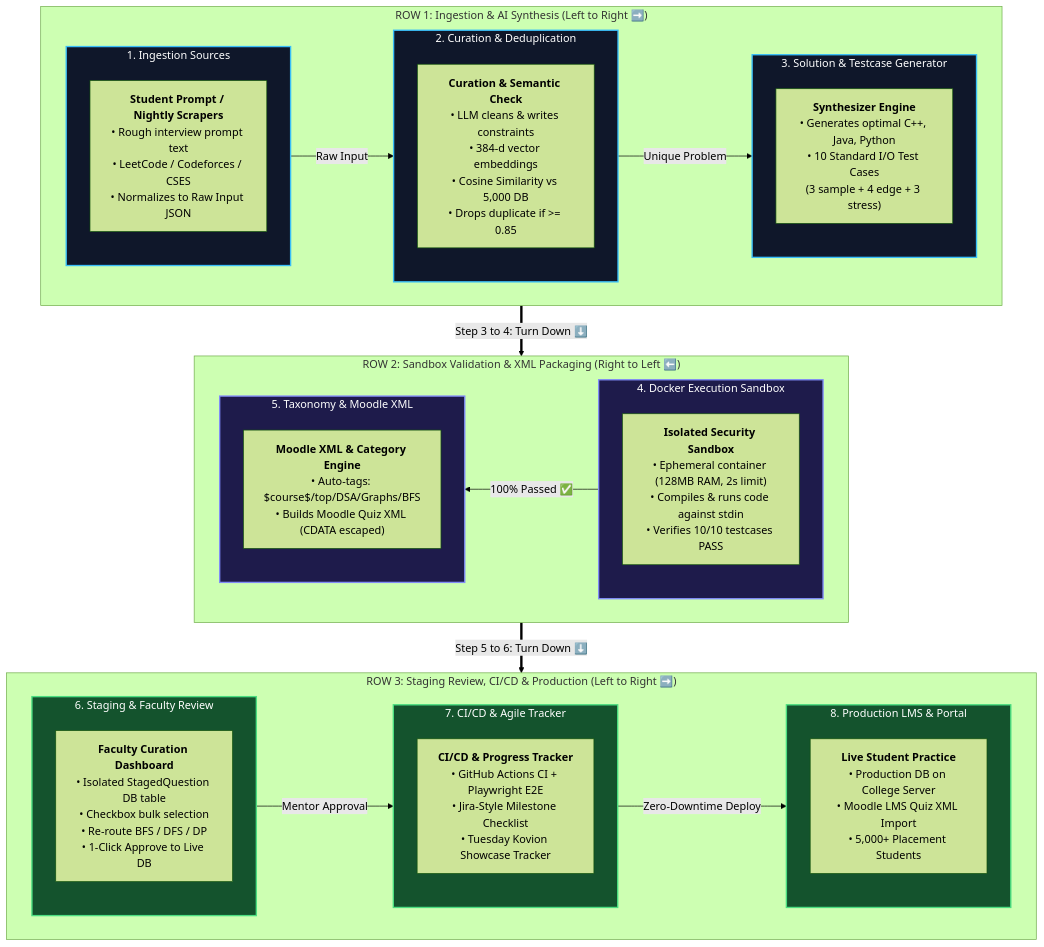
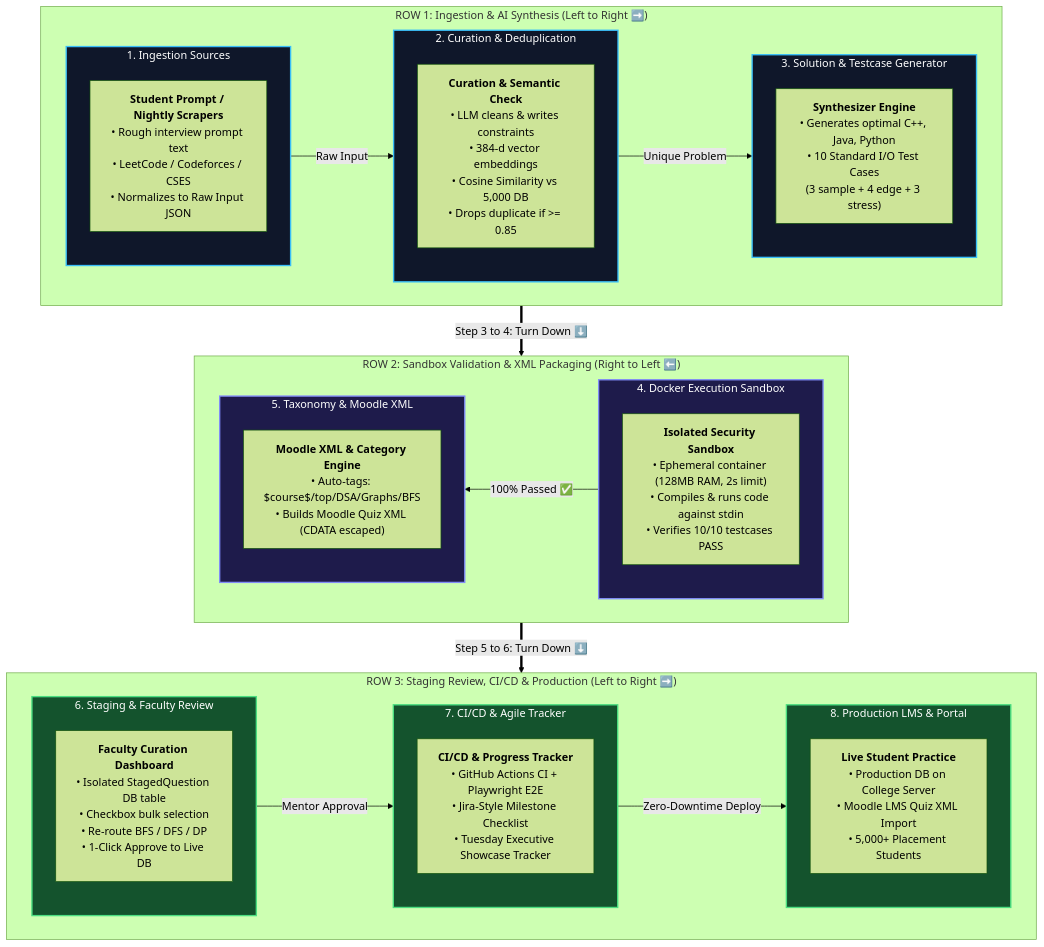
The diagram in ARCHITECTURE.md (BibinSanju/Agile-Tracker), drawn with Mermaid (forest theme) before and after one commit. The commit also changed other lines of this file and 9 other files, not shown here.

````diff
--- a/ARCHITECTURE.md
+++ b/ARCHITECTURE.md
@@ -18,79 +18,79 @@
 ```mermaid
 flowchart TD
 
     %% =========================================================================
     %% ROW 1: INGESTION -> CURATION -> SYNTHESIS (Goes Left to Right ->)
     %% =========================================================================
     subgraph ROW1 ["ROW 1: Ingestion & AI Synthesis (Left to Right ➡️)"]
         direction LR
 
         subgraph B1 ["1. Ingestion Sources"]
             In_Raw["<b>Student Prompt / Nightly Scrapers</b><br/>• Rough interview prompt text<br/>• LeetCode / Codeforces / CSES<br/>• Normalizes to Raw Input JSON"]
         end
 
         subgraph B2 ["2. Curation & Deduplication"]
             Curate_Engine["<b>Curation & Semantic Check</b><br/>• LLM cleans & writes constraints<br/>• 384-d vector embeddings<br/>• Cosine Similarity vs 5,000 DB<br/>• Drops duplicate if >= 0.85"]
         end
 
         subgraph B3 ["3. Solution & Testcase Generator"]
             Synth_Engine["<b>Synthesizer Engine</b><br/>• Generates optimal C++, Java, Python<br/>• 10 Standard I/O Test Cases<br/>(3 sample + 4 edge + 3 stress)"]
         end
 
         B1 -->|Raw Input| B2
         B2 -->|Unique Problem| B3
     end
 
     %% =========================================================================
     %% ROW 2: SANDBOX -> MOODLE XML & TAXONOMY (Goes Right to Left ⬅️)
     %% =========================================================================
     subgraph ROW2 ["ROW 2: Sandbox Validation & XML Packaging (Right to Left ⬅️)"]
         direction RL
 
         subgraph B4 ["4. Docker Execution Sandbox"]
             Sandbox_Engine["<b>Isolated Security Sandbox</b><br/>• Ephemeral container (128MB RAM, 2s limit)<br/>• Compiles & runs code against stdin<br/>• Verifies 10/10 testcases PASS"]
         end
 
         subgraph B5 ["5. Taxonomy & Moodle XML"]
             XML_Engine["<b>Moodle XML & Category Engine</b><br/>• Auto-tags: $course$/top/DSA/Graphs/BFS<br/>• Builds Moodle Quiz XML (CDATA escaped)"]
         end
 
         B4 -->|100% Passed ✅| B5
     end
 
     %% =========================================================================
     %% ROW 3: STAGING -> CI/CD -> PRODUCTION (Goes Left to Right ➡️)
     %% =========================================================================
     subgraph ROW3 ["ROW 3: Staging Review, CI/CD & Production (Left to Right ➡️)"]
         direction LR
 
         subgraph B6 ["6. Staging & Faculty Review"]
             Staging_UI["<b>Faculty Curation Dashboard</b><br/>• Isolated StagedQuestion DB table<br/>• Checkbox bulk selection<br/>• Re-route BFS / DFS / DP<br/>• 1-Click Approve to Live DB"]
         end
 
         subgraph B7 ["7. CI/CD & Agile Tracker"]
-            CICD_Engine["<b>CI/CD & Progress Tracker</b><br/>• GitHub Actions CI + Playwright E2E<br/>• Jira-Style Milestone Checklist<br/>• Tuesday Kovion Showcase Tracker"]
+            CICD_Engine["<b>CI/CD & Progress Tracker</b><br/>• GitHub Actions CI + Playwright E2E<br/>• Jira-Style Milestone Checklist<br/>• Tuesday Executive Showcase Tracker"]
         end
 
         subgraph B8 ["8. Production LMS & Portal"]
             Prod_Live["<b>Live Student Practice</b><br/>• Production DB on College Server<br/>• Moodle LMS Quiz XML Import<br/>• 5,000+ Placement Students"]
         end
 
         B6 -->|Mentor Approval| B7
         B7 -->|Zero-Downtime Deploy| B8
     end
 
     %% =========================================================================
     %% SNAKE / ZIGZAG CONNECTORS BETWEEN ROWS
     %% =========================================================================
     B3 ==>|Step 3 to 4: Turn Down ⬇️| B4
     B5 ==>|Step 5 to 6: Turn Down ⬇️| B6
 
     %% STYLING
     classDef row1Style fill:#0f172a,stroke:#38bdf8,stroke-width:2px,color:#fff;
     classDef row2Style fill:#1e1b4b,stroke:#818cf8,stroke-width:2px,color:#fff;
     classDef row3Style fill:#14532d,stroke:#4ade80,stroke-width:2px,color:#fff;
 
     class B1,B2,B3 row1Style;
     class B4,B5 row2Style;
     class B6,B7,B8 row3Style;
 ```
````
